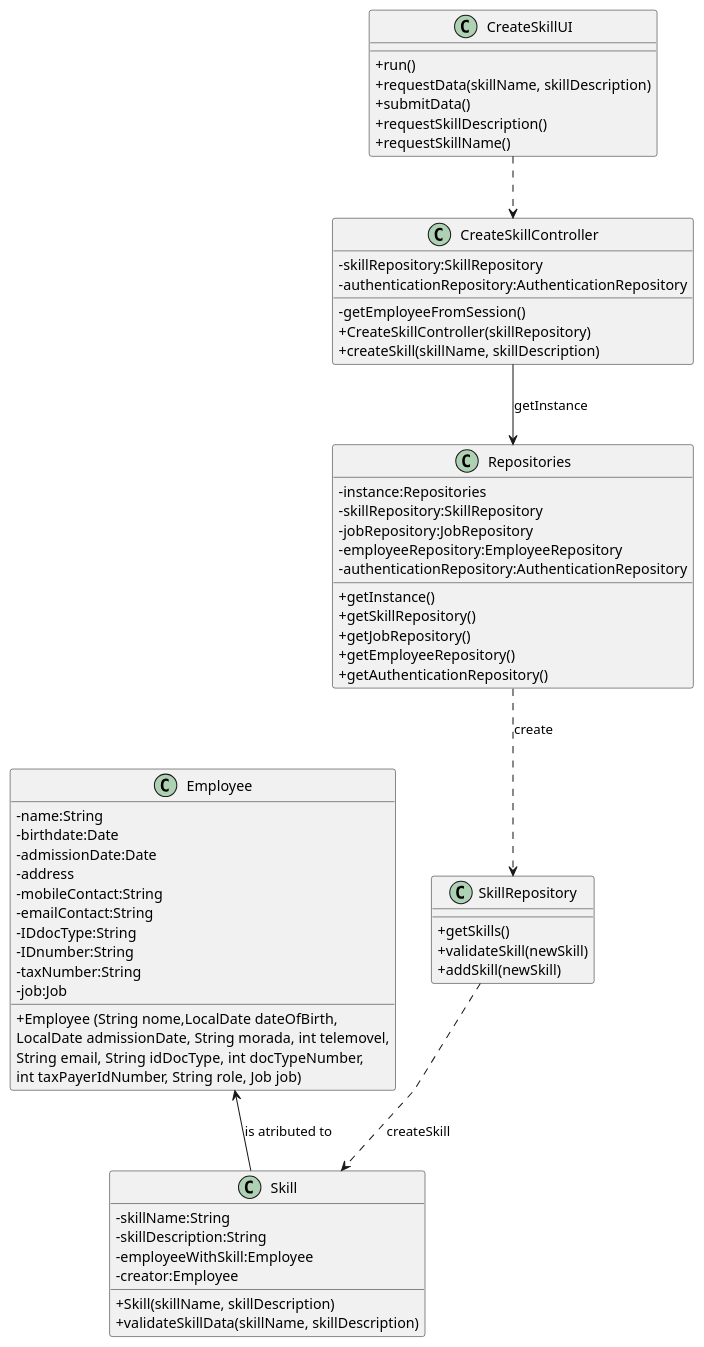
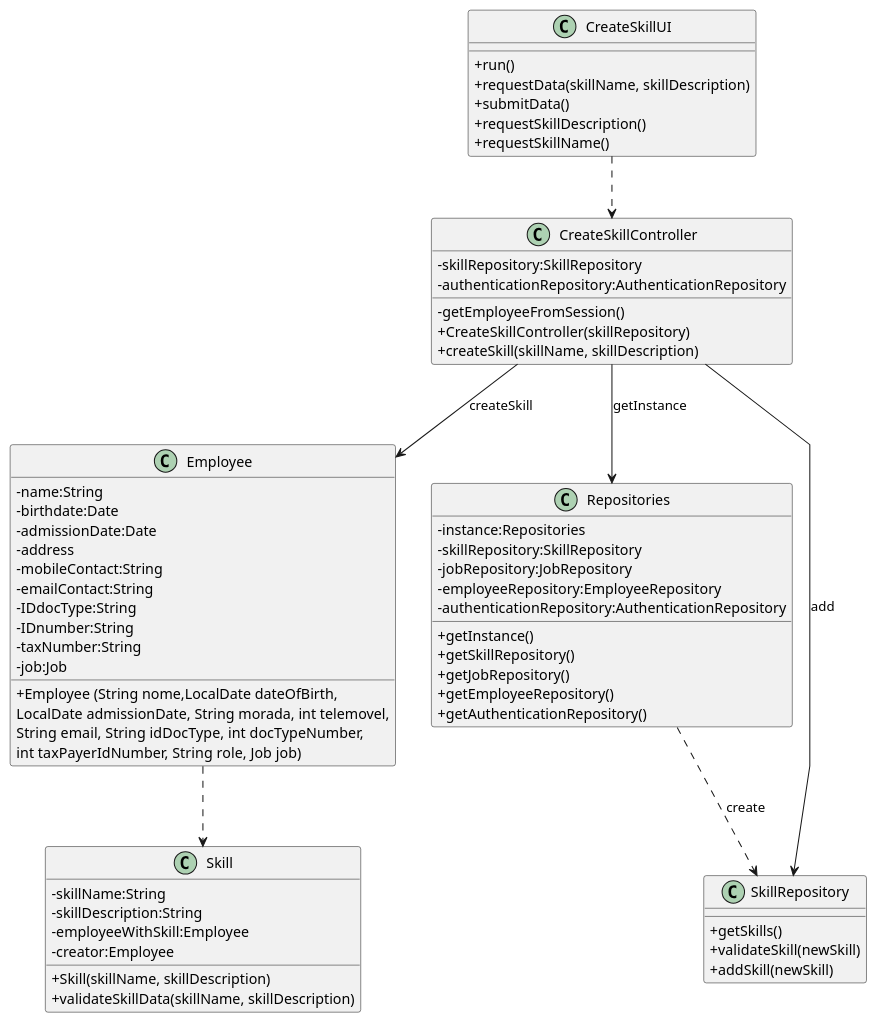
Before and after one commit to Paulo-Pereira-at-ISEP/lei-24-s2-1nanb-g321: the diagram in docs/sprintB/us01/03.design/puml/us01-class-diagram.puml, drawn with PlantUML.

Commit message:
LGGPM-116 - US01 - Design - Class diagram update

```diff
--- a/docs/sprintB/us01/03.design/puml/us01-class-diagram.puml
+++ b/docs/sprintB/us01/03.design/puml/us01-class-diagram.puml
@@ -1,86 +1,90 @@
 @startuml
 'skinparam monochrome true
 skinparam packageStyle rectangle
 skinparam shadowing false
 skinparam linetype polyline
 'skinparam linetype orto
 
 skinparam classAttributeIconSize 0
 
 'left to right direction
 
 class CreateSkillController {
     -skillRepository:SkillRepository
     -authenticationRepository:AuthenticationRepository
 
 
     -getEmployeeFromSession()
     + CreateSkillController(skillRepository)
     + createSkill(skillName, skillDescription)
 
 }
 
 
 class CreateSkillUI {
     +run()
     +requestData(skillName, skillDescription)
     +submitData()
     +requestSkillDescription()
     +requestSkillName()
 }
 
 
 class Employee{
     -name:String
     -birthdate:Date
     -admissionDate:Date
     -address
     -mobileContact:String
     -emailContact:String
     -IDdocType:String
     -IDnumber:String
     -taxNumber:String
     -job:Job
 
     +Employee (String nome,LocalDate dateOfBirth,\nLocalDate admissionDate, String morada, int telemovel,\nString email, String idDocType, int docTypeNumber,\nint taxPayerIdNumber, String role, Job job)
 }
 
 class Repositories{
     - instance:Repositories
     - skillRepository:SkillRepository
     - jobRepository:JobRepository
     - employeeRepository:EmployeeRepository
     -authenticationRepository:AuthenticationRepository
 
 
     + getInstance()
     + getSkillRepository()
     + getJobRepository()
     + getEmployeeRepository()
     + getAuthenticationRepository()
 }
 
 class SkillRepository{
     + getSkills()
     + validateSkill(newSkill)
     + addSkill(newSkill)
 }
 
 class Skill {
     -skillName:String
     -skillDescription:String
     -employeeWithSkill:Employee
     -creator:Employee
 
     +Skill(skillName, skillDescription)
     +validateSkillData(skillName, skillDescription)
 }
 
 CreateSkillUI ..> CreateSkillController
-
 CreateSkillController -->  Repositories : getInstance
 Repositories ..> SkillRepository : create
-SkillRepository ..> Skill : createSkill
-Employee <-- Skill : is atributed to
+
+CreateSkillController --> Employee : createSkill
+
+Employee ..>Skill
+
+CreateSkillController --> SkillRepository: add
+
 
 @enduml
```
